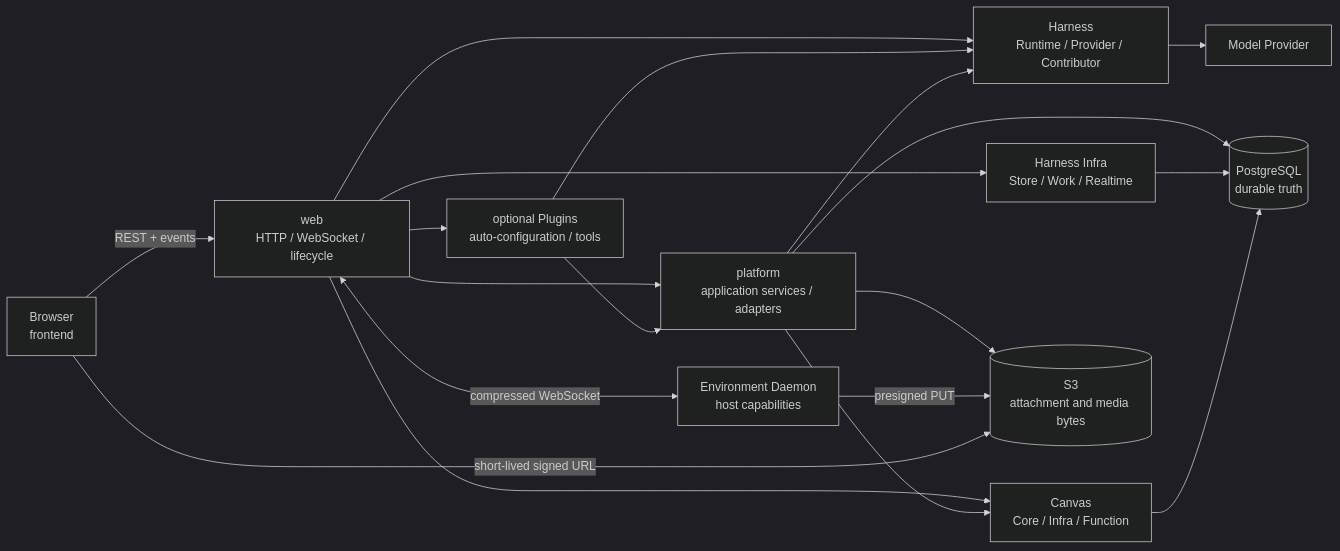
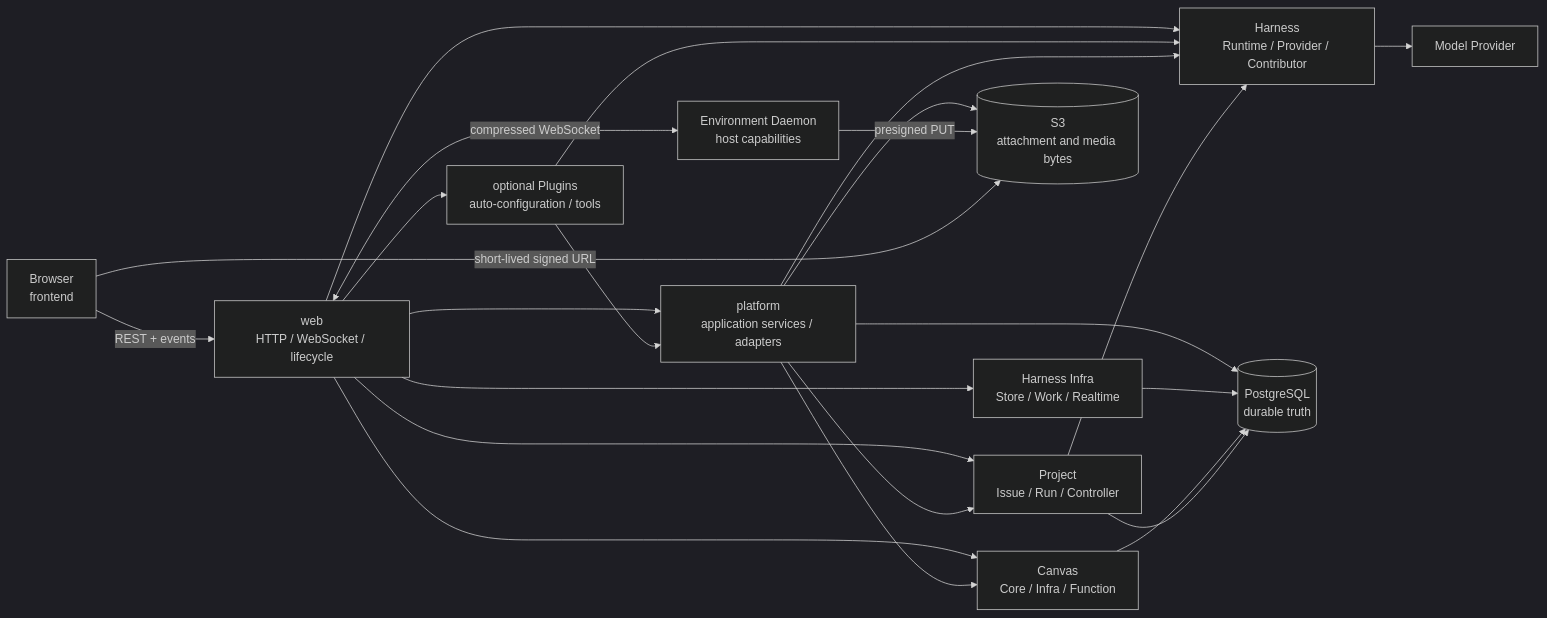
The diagram in docs/system-design.md (fengwk/kk-studio), drawn with Mermaid (dark theme) before and after one commit. The commit also changed other lines of this file and 4 other files, not shown here.

````diff
--- a/docs/system-design.md
+++ b/docs/system-design.md
@@ -257,33 +282,38 @@
 ```mermaid
 flowchart LR
     Browser["Browser<br/>frontend"]
     Web["web<br/>HTTP / WebSocket / lifecycle"]
     Platform["platform<br/>application services / adapters"]
     Harness["Harness<br/>Runtime / Provider / Contributor"]
     Plugins["optional Plugins<br/>auto-configuration / tools"]
     HarnessInfra["Harness Infra<br/>Store / Work / Realtime"]
     Canvas["Canvas<br/>Core / Infra / Function"]
+    Project["Project<br/>Issue / Run / Controller"]
     PG[("PostgreSQL<br/>durable truth")]
     S3[("S3<br/>attachment and media bytes")]
     Provider["Model Provider"]
     Daemon["Environment Daemon<br/>host capabilities"]
 
     Browser -->|REST + events| Web
     Web --> Platform
     Web --> Harness
     Web --> Plugins
     Plugins --> Platform
     Plugins --> Harness
     Web --> HarnessInfra
     Web --> Canvas
+    Web --> Project
     Platform --> Harness
     Platform --> Canvas
+    Platform --> Project
+    Project --> Harness
     Platform --> PG
     Platform --> S3
     HarnessInfra --> PG
     Canvas --> PG
+    Project --> PG
     Harness --> Provider
     Web <-->|compressed WebSocket| Daemon
     Daemon -->|presigned PUT| S3
     Browser -->|short-lived signed URL| S3
 ```
````
